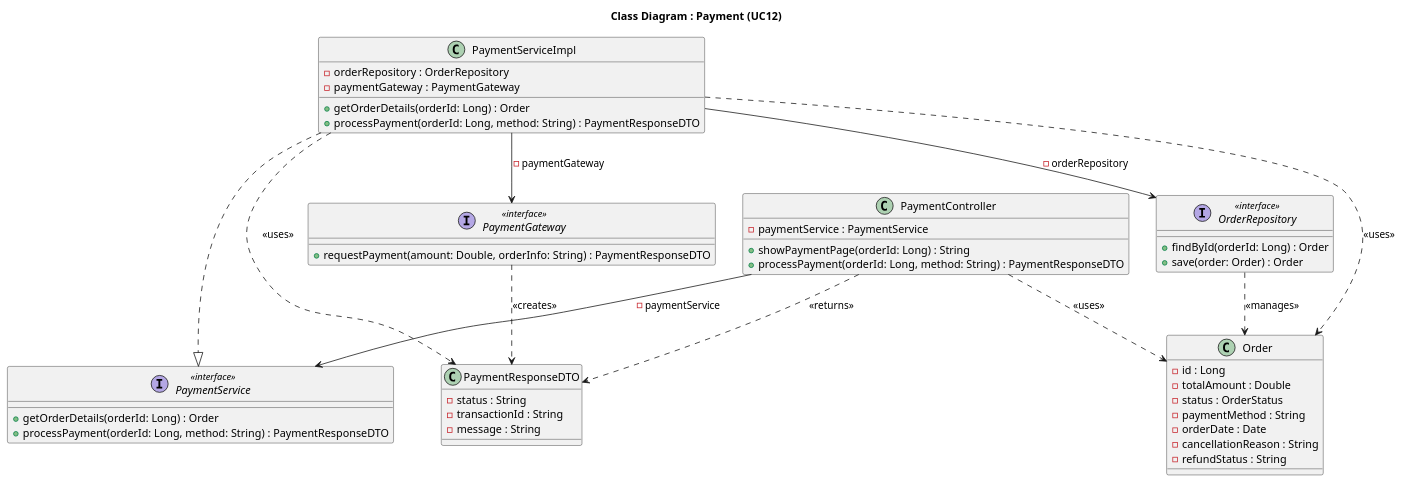
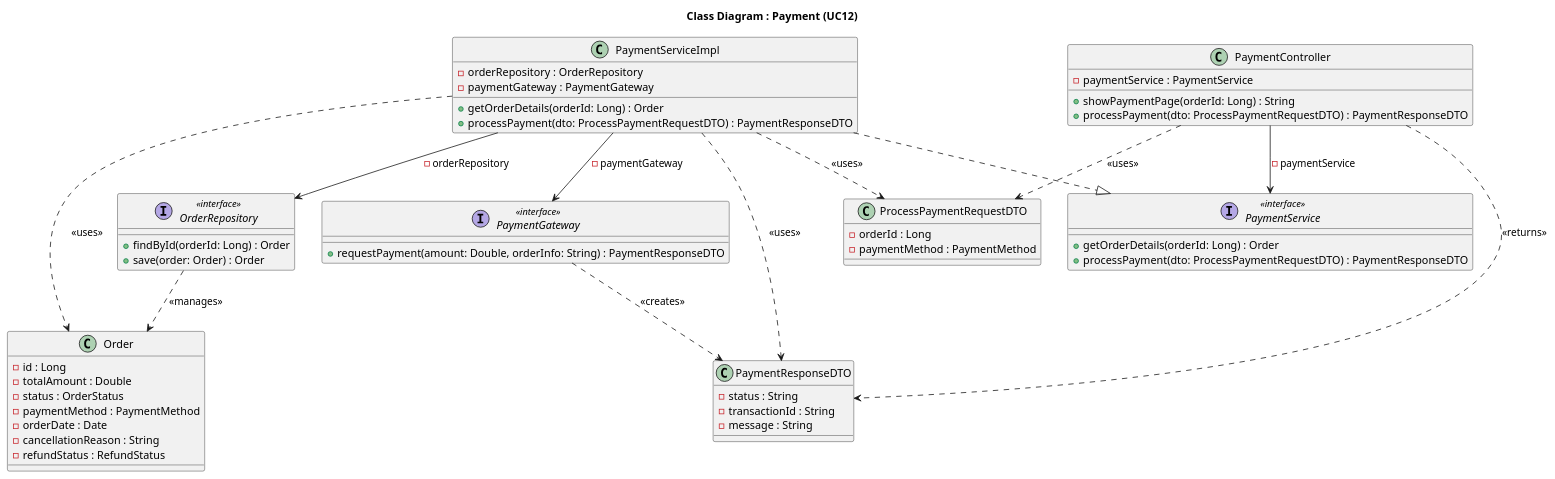
The diagram in src/main/java/org/example/fashionstoresystem/uml/Class/CD12_Payment.puml (Peterdir/fashion-store-system), drawn with PlantUML before and after one commit. The commit also changed 37 other files, not shown here.

```diff
--- a/src/main/java/org/example/fashionstoresystem/uml/Class/CD12_Payment.puml
+++ b/src/main/java/org/example/fashionstoresystem/uml/Class/CD12_Payment.puml
@@ -1,74 +1,80 @@
 @startuml
 title Class Diagram : Payment (UC12)
 
 ' Controller
 class PaymentController {
     - paymentService : PaymentService
     + showPaymentPage(orderId: Long) : String
-    + processPayment(orderId: Long, method: String) : PaymentResponseDTO
+    + processPayment(dto: ProcessPaymentRequestDTO) : PaymentResponseDTO
 }
 
 ' Service
 interface PaymentService <<interface>> {
     + getOrderDetails(orderId: Long) : Order
-    + processPayment(orderId: Long, method: String) : PaymentResponseDTO
+    + processPayment(dto: ProcessPaymentRequestDTO) : PaymentResponseDTO
 }
 
 class PaymentServiceImpl {
     - orderRepository : OrderRepository
     - paymentGateway : PaymentGateway
     + getOrderDetails(orderId: Long) : Order
-    + processPayment(orderId: Long, method: String) : PaymentResponseDTO
+    + processPayment(dto: ProcessPaymentRequestDTO) : PaymentResponseDTO
 }
 
 ' External Gateway Service
 interface PaymentGateway <<interface>> {
     + requestPayment(amount: Double, orderInfo: String) : PaymentResponseDTO
 }
 
 ' Repository
 interface OrderRepository <<interface>> {
     + findById(orderId: Long) : Order
     + save(order: Order) : Order
 }
 
 ' DTO
 
+class ProcessPaymentRequestDTO {
+    - orderId : Long
+    - paymentMethod : PaymentMethod
+}
+
 class PaymentResponseDTO {
     - status : String
     - transactionId : String
     - message : String
 }
 
 ' Entity
 
 class Order {
     - id : Long
     - totalAmount : Double
     - status : OrderStatus
-    - paymentMethod : String
+    - paymentMethod : PaymentMethod
     - orderDate : Date
     - cancellationReason : String
-    - refundStatus : String
+    - refundStatus : RefundStatus
 }
 
 ' Relationships
 
 ' Class implement Interface
 PaymentServiceImpl ..|> PaymentService
 
 ' Dependency Injection
 PaymentController --> PaymentService : - paymentService
 PaymentServiceImpl --> OrderRepository : - orderRepository
 PaymentServiceImpl --> PaymentGateway : - paymentGateway
 
 ' Object Usage
-PaymentController ..> Order : <<uses>>
+PaymentController ..> ProcessPaymentRequestDTO : <<uses>>
 PaymentController ..> PaymentResponseDTO : <<returns>>
+PaymentServiceImpl ..> ProcessPaymentRequestDTO : <<uses>>
 PaymentServiceImpl ..> Order : <<uses>>
 OrderRepository ..> Order : <<manages>>
 
 PaymentGateway ..> PaymentResponseDTO : <<creates>>
 PaymentServiceImpl ..> PaymentResponseDTO : <<uses>>
 
 @enduml
```
